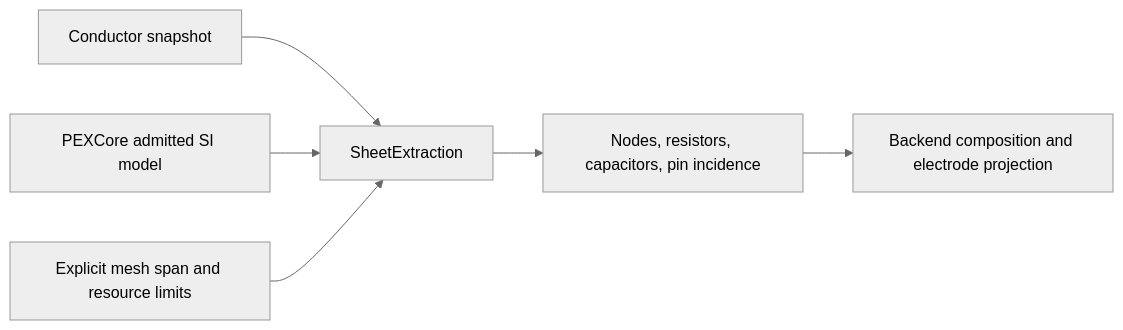
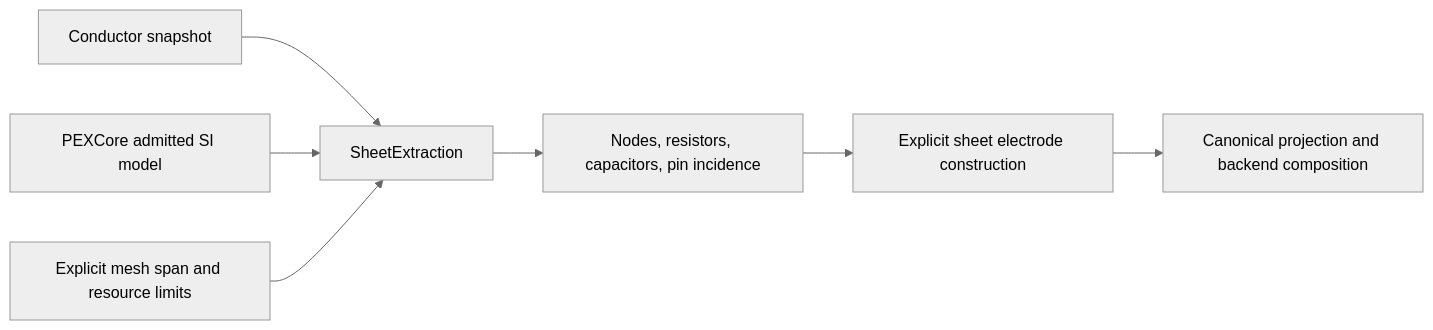
The diagram in Sources/PEXNative/DESIGN.md (1amageek/PEXEngine), drawn with Mermaid (neutral theme) before and after one commit. The commit also changed other lines of this file and 13 other files, not shown here.

Commit message:
Construct explicit bounded native sheet electrodes

````diff
--- a/Sources/PEXNative/DESIGN.md
+++ b/Sources/PEXNative/DESIGN.md
@@ -26,8 +25,9 @@
 ```mermaid
 flowchart LR
   Capture[Conductor snapshot] --> SheetExtraction
   Model[PEXCore admitted SI model] --> SheetExtraction
   Resolution[Explicit mesh span and resource limits] --> SheetExtraction
   SheetExtraction --> Network[Nodes, resistors, capacitors, pin incidence]
-  Network --> Adapter[Backend composition and electrode projection]
+  Network --> Electrodes[Explicit sheet electrode construction]
+  Electrodes --> Adapter[Canonical projection and backend composition]
 ```
````
